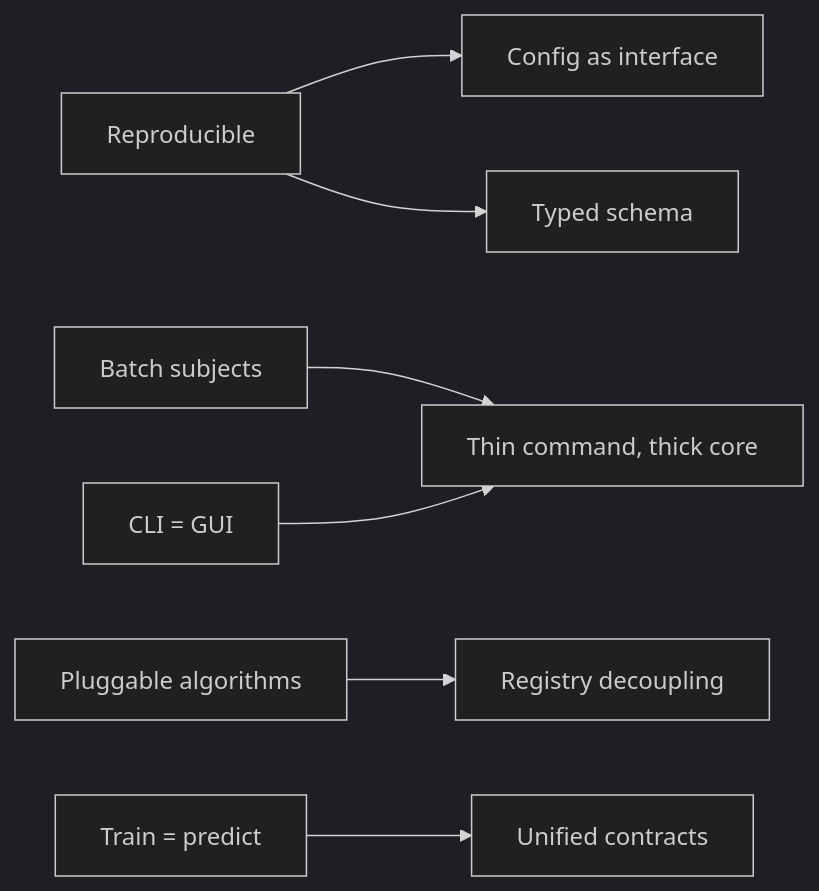
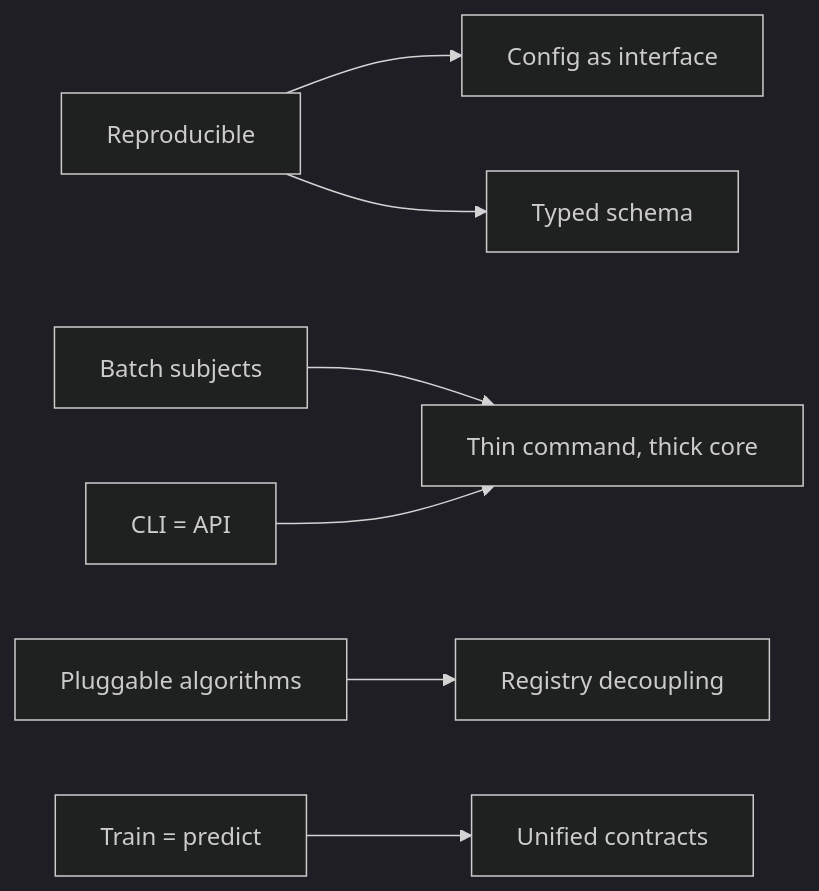
The diagram in docs/source/development/philosophy.rst (lichao312214129/HABIT), drawn with Mermaid (dark theme) before and after one commit. The commit also changed other lines of this file and 186 other files, not shown here.

```diff
--- a/docs/source/development/philosophy.rst
+++ b/docs/source/development/philosophy.rst
@@ -38,9 +38,9 @@
 .. mermaid::
 
    flowchart LR
      P1["Reproducible"] --> S1["Config as interface"]
      P1 --> S2["Typed schema"]
      P2["Batch subjects"] --> S5["Thin command, thick core"]
      P3["Pluggable algorithms"] --> S3["Registry decoupling"]
      P4["Train = predict"] --> S4["Unified contracts"]
-     P5["CLI = GUI"] --> S5
+     P5["CLI = API"] --> S5
```
